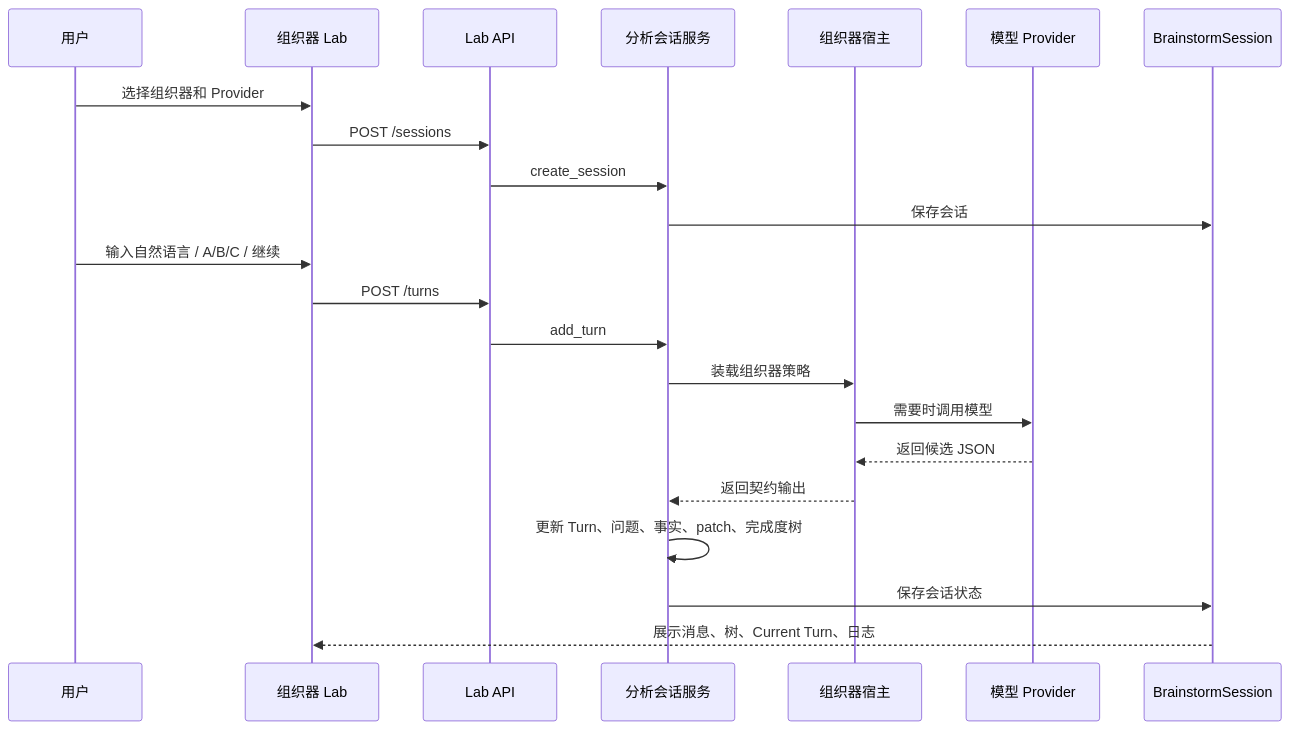
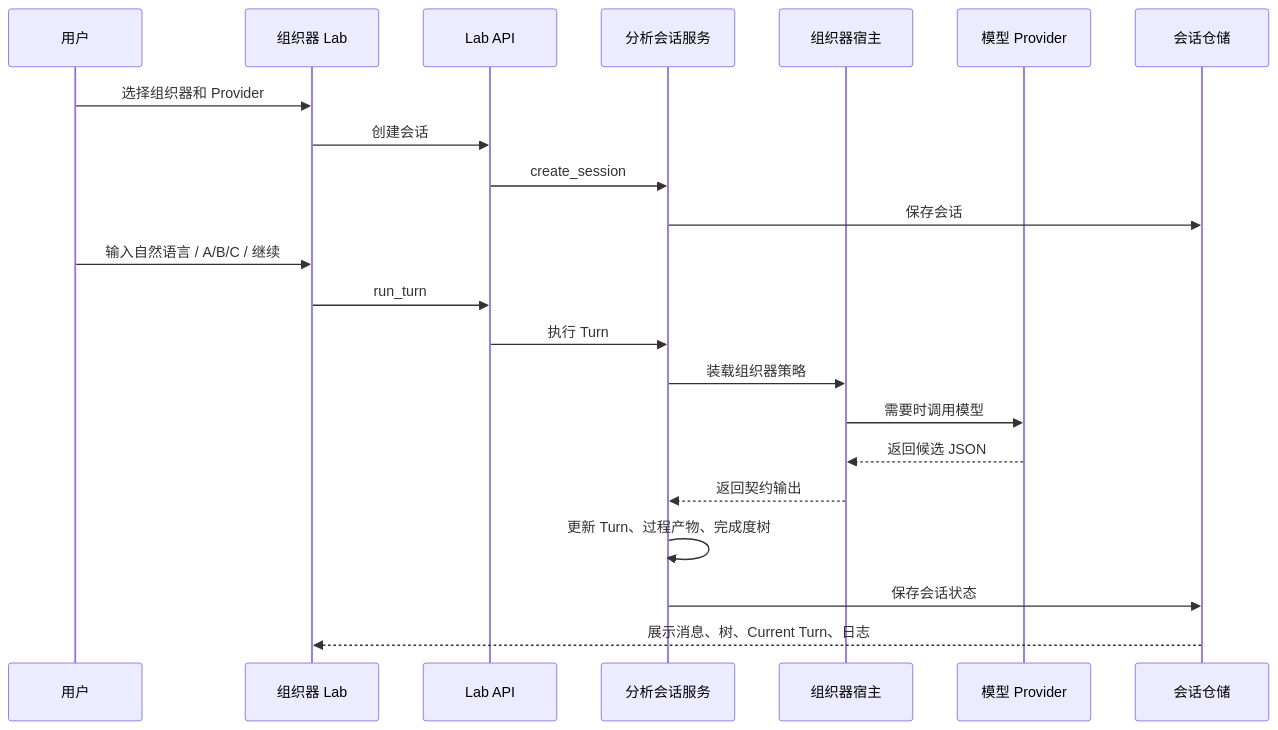
One commit to wgwtest/CodeFactoryV2 changed the ninth of 9 diagrams in DOC/CODEX_DOC/02_设计说明/P2_需求分析系统/P2-需求分析系统设计.md. Above: the diagram before and after it, drawn with Mermaid. The commit also changed other lines of this file and 2 other files, not shown here.

````diff
--- a/DOC/CODEX_DOC/02_设计说明/P2_需求分析系统/P2-需求分析系统设计.md
+++ b/DOC/CODEX_DOC/02_设计说明/P2_需求分析系统/P2-需求分析系统设计.md
@@ -1284,25 +1192,25 @@
 ```mermaid
 sequenceDiagram
   participant User as 用户
   participant Lab as 组织器 Lab
   participant API as Lab API
   participant Session as 分析会话服务
   participant Host as 组织器宿主
   participant Provider as 模型 Provider
-  participant Store as BrainstormSession
+  participant Store as 会话仓储
 
   User->>Lab: 选择组织器和 Provider
-  Lab->>API: POST /sessions
+  Lab->>API: 创建会话
   API->>Session: create_session
   Session->>Store: 保存会话
   User->>Lab: 输入自然语言 / A/B/C / 继续
-  Lab->>API: POST /turns
-  API->>Session: add_turn
+  Lab->>API: run_turn
+  API->>Session: 执行 Turn
   Session->>Host: 装载组织器策略
   Host->>Provider: 需要时调用模型
   Provider-->>Host: 返回候选 JSON
   Host-->>Session: 返回契约输出
-  Session->>Session: 更新 Turn、问题、事实、patch、完成度树
+  Session->>Session: 更新 Turn、过程产物、完成度树
   Session->>Store: 保存会话状态
   Store-->>Lab: 展示消息、树、Current Turn、日志
 ```
````
